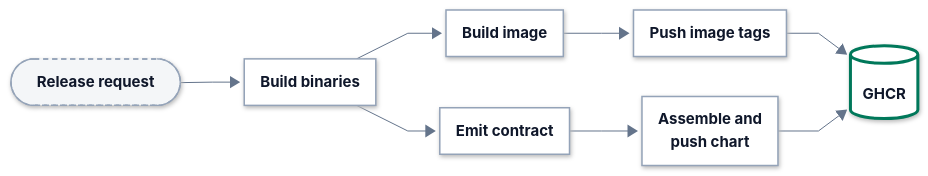
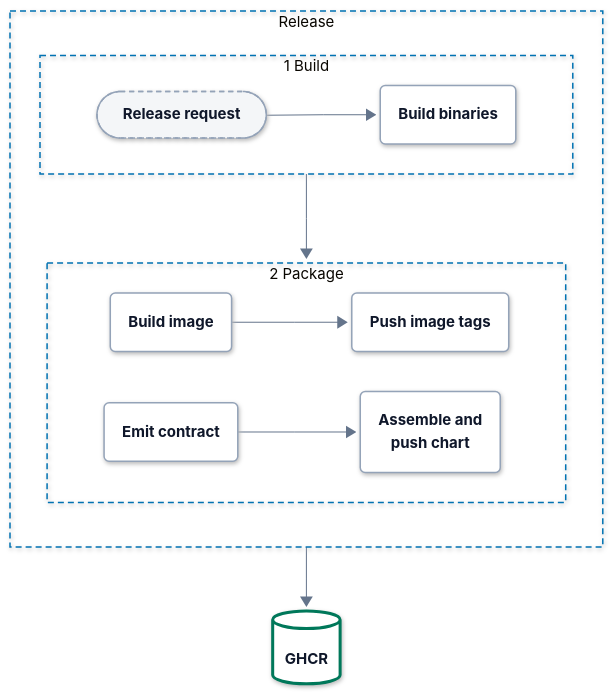
The diagram in docs/deployment/publishing.md (hyperi-io/dfe-loader), drawn with Mermaid before and after one commit. The commit also changed 19 other files, not shown here.

First line of the commit message:
docs(architecture): bring the loader pages to the architecture standard

````diff
--- a/docs/deployment/publishing.md
+++ b/docs/deployment/publishing.md
@@ -63,25 +63,37 @@
     .ui .label-icon{color:#D9480F}
     .ext .label-icon{color:#64748B}
 ---
-flowchart LR
+flowchart TB
     accTitle: L4 Detail -- Release artefacts
     accDescr: A release request starts a CI build of linux amd64 and arm64 binaries. The Dockerfile wraps the binaries into an image, which is pushed with its version tags. The binary's generate-artefacts emits the deployment contract, from which a thin chart is assembled and pushed. Both land in GHCR.
 
-    tag(["<b>Release request</b>"])
-    build["<b>Build binaries</b>"]
-    image["<b>Build image</b>"]
-    contract["<b>Emit contract</b>"]
-    pushimage["<b>Push image tags</b>"]
-    chart["<b>Assemble and<br/>push chart</b>"]
+    subgraph release["Release"]
+        direction TB
+        subgraph R1["1 Build"]
+            direction LR
+            tag(["<b>Release request</b>"])
+            build("<b>Build binaries</b>")
+            tag --> build
+        end
+        subgraph R2["2 Package"]
+            direction LR
+            image("<b>Build image</b>")
+            pushimage("<b>Push image tags</b>")
+            contract("<b>Emit contract</b>")
+            chart("<b>Assemble and<br/>push chart</b>")
+            image --> pushimage
+            contract --> chart
+        end
+        R1 --> R2
+    end
     ghcr[("<b>GHCR</b>")]
-
-    tag --> build
-    build --> image
-    build --> contract
-    image --> pushimage
-    contract --> chart
-    pushimage --> ghcr
-    chart --> ghcr
+    release --> ghcr
+  class tag ext
+  class build,image,contract,pushimage,chart part
+  class ghcr store
+  class tag ext
+  class build,image,contract,pushimage,chart part
+  class ghcr store
   classDef ext fill:#F4F6F8,stroke:#94A3B8,stroke-width:1.5px,stroke-dasharray:5 4,color:#0F172A
   classDef ingest fill:#FFFFFF,stroke:#0E8A7D,stroke-width:3px,color:#0F172A
   classDef xform fill:#FFFFFF,stroke:#7B4FB0,stroke-width:3px,color:#0F172A
@@ -93,7 +105,7 @@
   classDef error fill:#FFFFFF,stroke:#C2410C,stroke-width:3px,color:#0F172A
   classDef control fill:#FFFFFF,stroke:#334155,stroke-width:3px,color:#0F172A
   classDef part fill:#FFFFFF,stroke:#94A3B8,stroke-width:1.5px,color:#0F172A
-  class tag ext
-  class build,image,contract,pushimage,chart part
-  class ghcr store
+  style release fill:none,stroke:#0072B2,stroke-width:1.5px,stroke-dasharray:6 4
+  style R1 fill:none,stroke:#0072B2,stroke-width:1.5px,stroke-dasharray:6 4
+  style R2 fill:none,stroke:#0072B2,stroke-width:1.5px,stroke-dasharray:6 4
 ```
````
